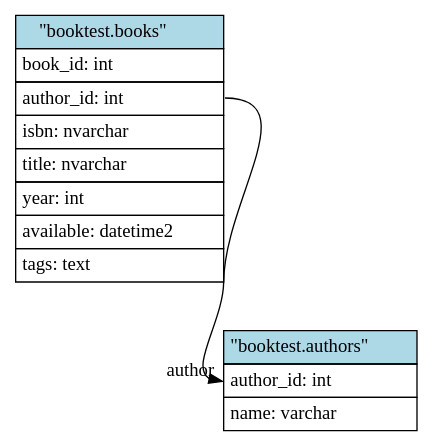
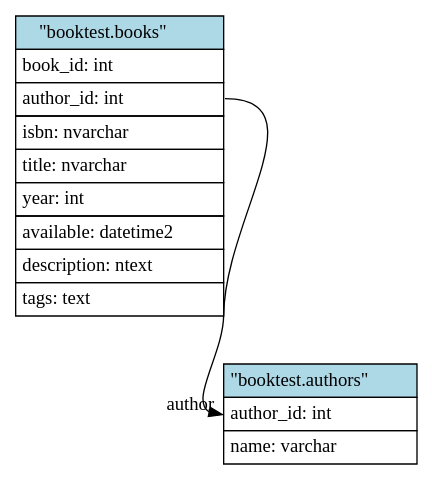
The diagram in _examples/booktest/sqlserver.xo.dot (niurkacanals/Sql-expert-for-database), drawn with Graphviz before and after one commit. The commit also changed 113 other files, not shown here.

```diff
--- a/_examples/booktest/sqlserver.xo.dot
+++ b/_examples/booktest/sqlserver.xo.dot
@@ -1,28 +1,29 @@
 // Generated by xo.
 digraph booktest {
 	// Defaults
 	node [shape=none, margin=0]
 	
 	// Nodes (tables)
 	"booktest.authors" [ label=<
 		<table border="0" cellborder="1" cellspacing="0" cellpadding="4">
 		<tr><td bgcolor="lightblue">"booktest.authors"</td></tr>
 		<tr><td align="left" PORT="author_id">author_id: int</td></tr>
 		<tr><td align="left" PORT="name">name: varchar</td></tr>
 		</table>> ]
 	
 	"booktest.books" [ label=<
 		<table border="0" cellborder="1" cellspacing="0" cellpadding="4">
 		<tr><td bgcolor="lightblue">"booktest.books"</td></tr>
 		<tr><td align="left" PORT="book_id">book_id: int</td></tr>
 		<tr><td align="left" PORT="author_id">author_id: int</td></tr>
 		<tr><td align="left" PORT="isbn">isbn: nvarchar</td></tr>
 		<tr><td align="left" PORT="title">title: nvarchar</td></tr>
 		<tr><td align="left" PORT="year">year: int</td></tr>
 		<tr><td align="left" PORT="available">available: datetime2</td></tr>
+		<tr><td align="left" PORT="description">description: ntext</td></tr>
 		<tr><td align="left" PORT="tags">tags: text</td></tr>
 		</table>> ]
 	
 	"booktest.books":"author_id":e -> "booktest.authors":"author_id":w [
 		headlabel="author"]
 }
```
